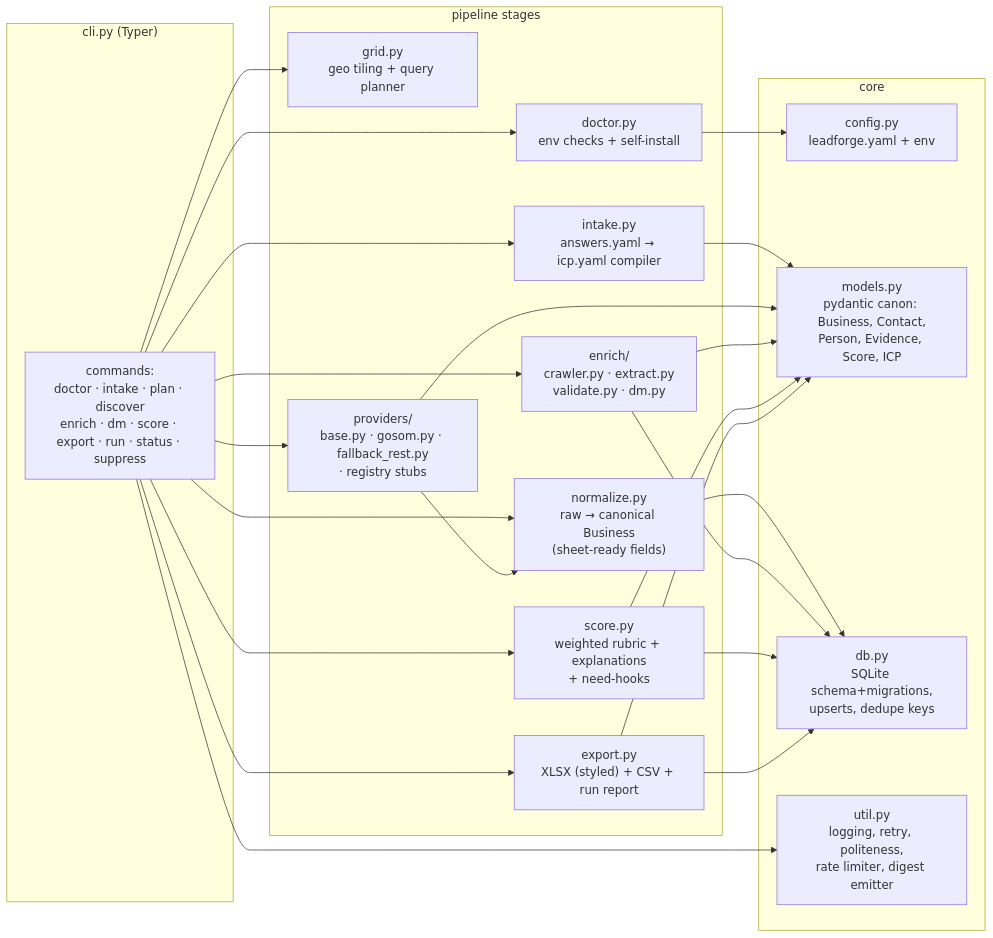
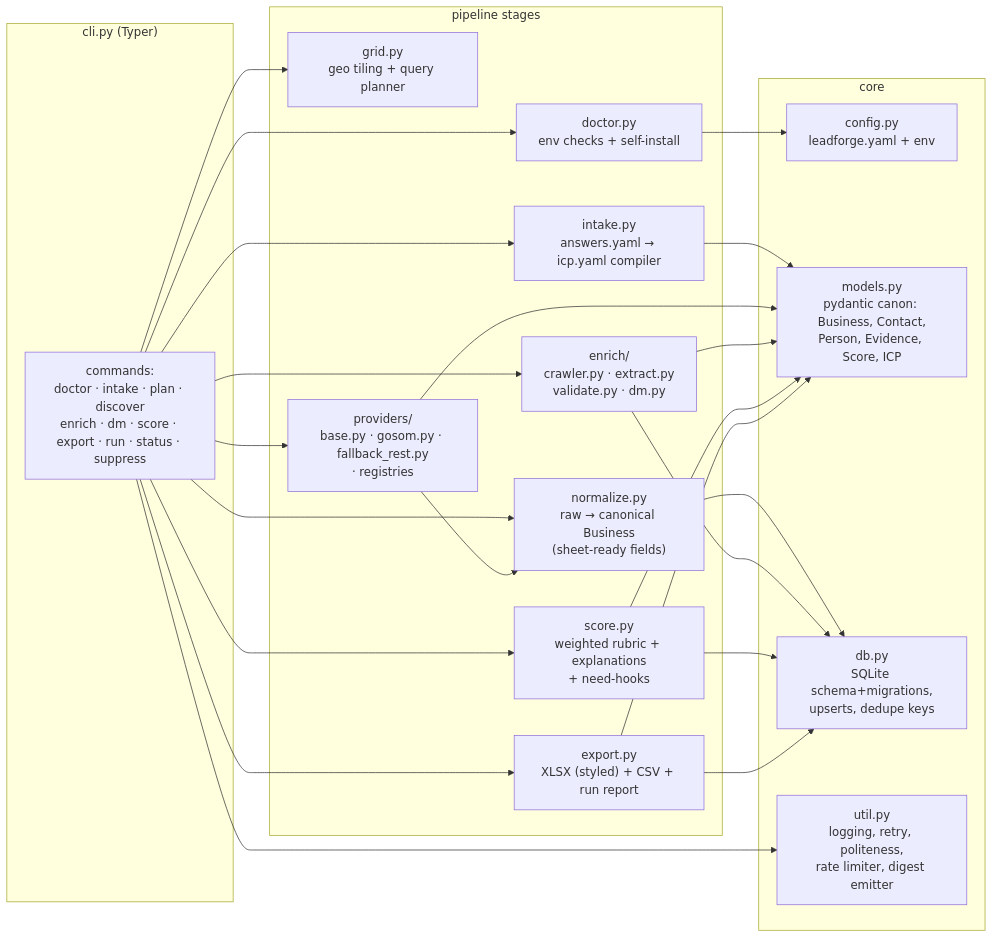
Before and after one commit to AbdulrahmanAmer/leadforge: the second of 3 diagrams in docs/02-architecture.md, drawn with Mermaid. The commit also changed 41 other files, not shown here.

Commit message:
v0.1.1: WE SCORE account_fit profile, registry DM auto-pick, gosom stall watchdog, hooks fix, staleness flag, CI hardening, docs/status truth-up

````diff
--- a/docs/02-architecture.md
+++ b/docs/02-architecture.md
@@ -42,31 +42,31 @@
 ```mermaid
 flowchart LR
     subgraph cli_layer["cli.py (Typer)"]
         CMD["commands:\ndoctor · intake · plan · discover\nenrich · dm · score · export · run · status · suppress"]
     end
     subgraph core["core"]
         CFG["config.py\nleadforge.yaml + env"]
         MOD["models.py\npydantic canon: Business, Contact,\nPerson, Evidence, Score, ICP"]
         DBM["db.py\nSQLite schema+migrations,\nupserts, dedupe keys"]
         UTL["util.py\nlogging, retry, politeness,\nrate limiter, digest emitter"]
     end
     subgraph pipeline["pipeline stages"]
         DOC["doctor.py\nenv checks + self-install"]
         INT["intake.py\nanswers.yaml → icp.yaml compiler"]
         GRD["grid.py\ngeo tiling + query planner"]
-        PRV["providers/\nbase.py · gosom.py · fallback_rest.py\n· registry stubs"]
+        PRV["providers/\nbase.py · gosom.py · fallback_rest.py\n· registries"]
         NRM["normalize.py\nraw → canonical Business\n(sheet-ready fields)"]
         ENR["enrich/\ncrawler.py · extract.py\nvalidate.py · dm.py"]
         SCR["score.py\nweighted rubric + explanations\n+ need-hooks"]
         EXP["export.py\nXLSX (styled) + CSV + run report"]
     end
     CMD --> DOC & INT & GRD & PRV & NRM & ENR & SCR & EXP
     PRV --> NRM --> DBM
     ENR --> DBM
     SCR --> DBM
     EXP --> DBM
     DOC --> CFG
     INT --> MOD
     PRV & ENR & SCR & EXP --> MOD
     CMD --> UTL
 ```
````
